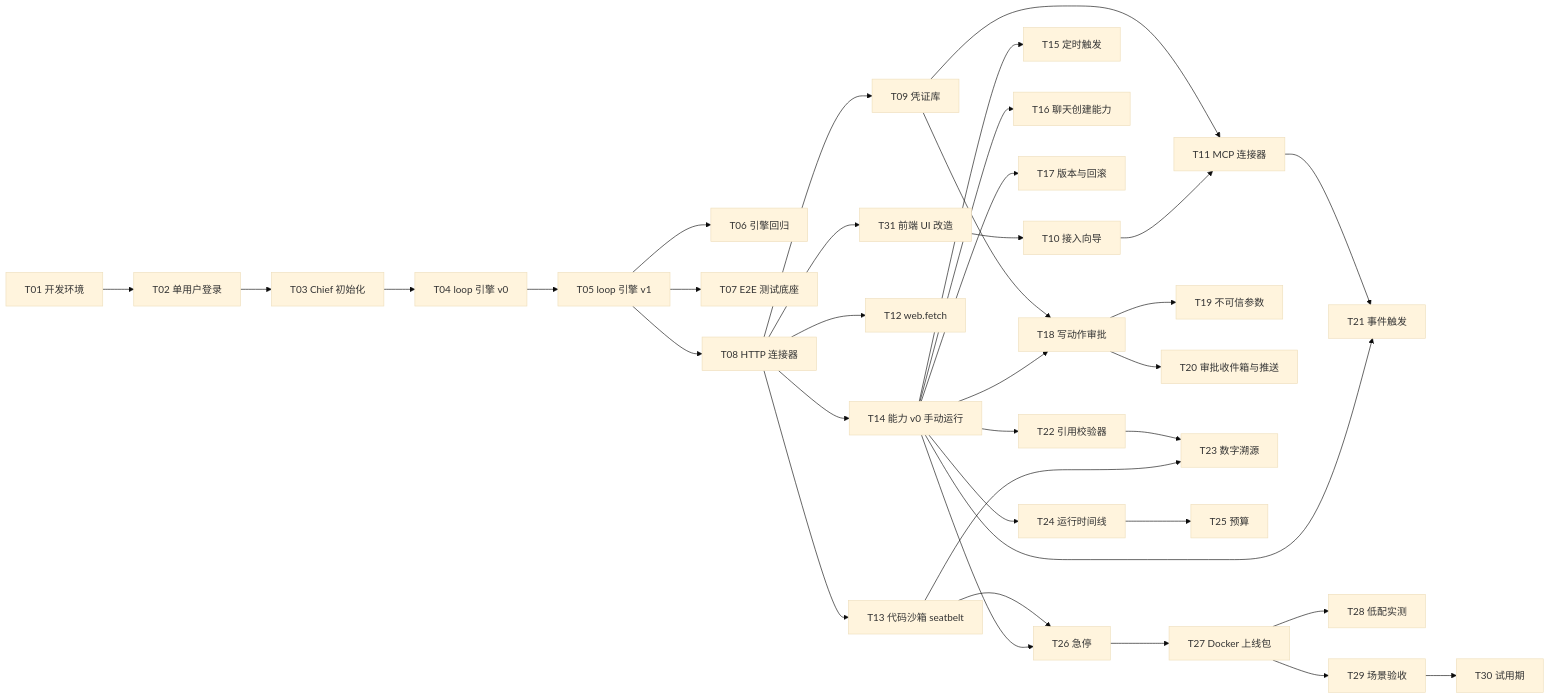
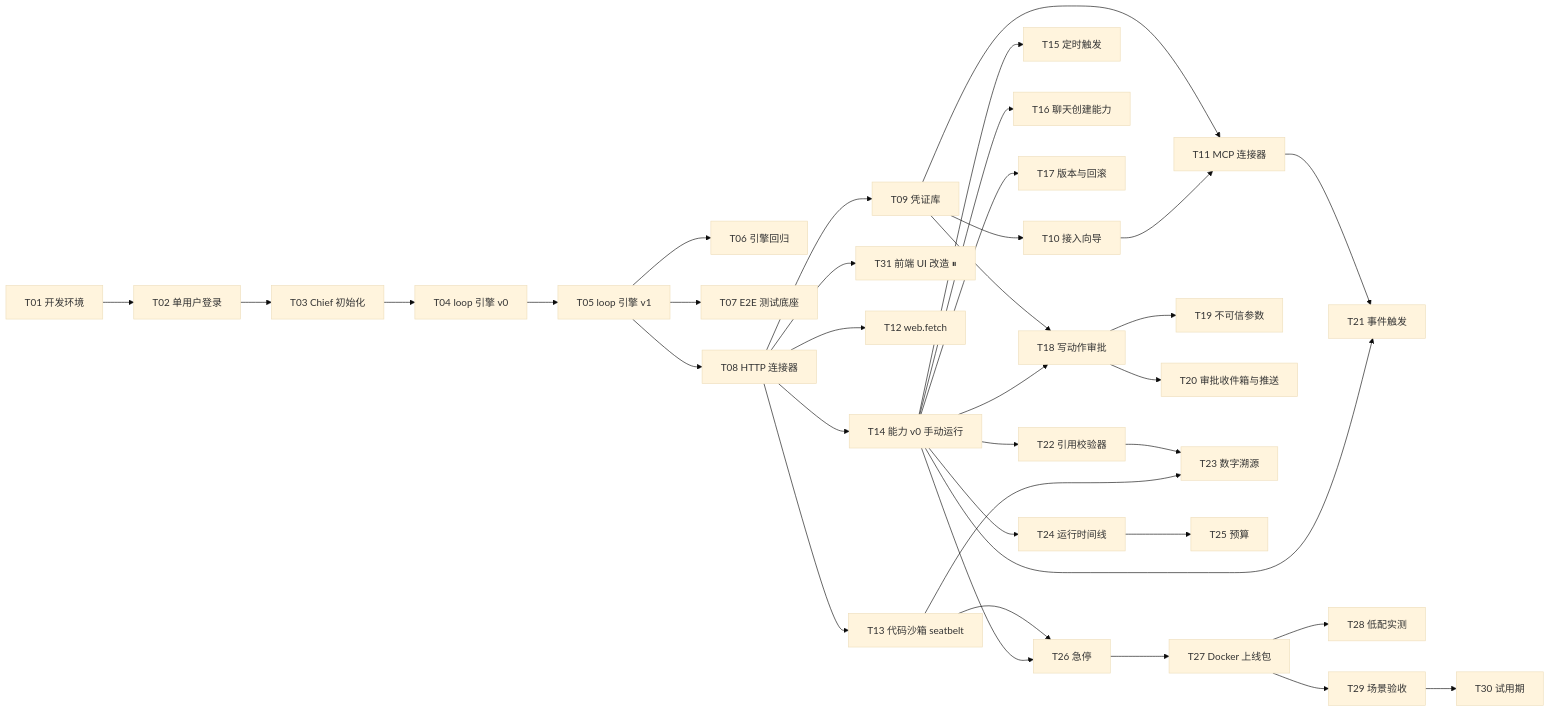
One commit to hcl-z/cumora changed the diagram in docs/personal-bot/mvp-tasks.md. Above: the diagram before and after it, drawn with Mermaid (base theme). The commit also changed other lines of this file, not shown here.

````diff
--- a/docs/personal-bot/mvp-tasks.md
+++ b/docs/personal-bot/mvp-tasks.md
@@ -16,23 +16,23 @@
 ```mermaid
 flowchart LR
   T01[T01 开发环境] --> T02[T02 单用户登录] --> T03[T03 Chief 初始化]
   T03 --> T04[T04 loop 引擎 v0] --> T05[T05 loop 引擎 v1] --> T06[T06 引擎回归]
   T05 --> T07[T07 E2E 测试底座]
   T05 --> T08[T08 HTTP 连接器]
-  T08 --> T09[T09 凭证库] & T31[T31 前端 UI 改造]
-  T31 --> T10[T10 接入向导]
+  T08 --> T09[T09 凭证库] & T31[T31 前端 UI 改造 ⏸]
+  T09 --> T10[T10 接入向导]
   T09 & T10 --> T11[T11 MCP 连接器]
   T08 --> T12[T12 web.fetch]
   T08 --> T13[T13 代码沙箱 seatbelt]
   T08 --> T14[T14 能力 v0 手动运行]
   T14 --> T15[T15 定时触发] & T16[T16 聊天创建能力] & T17[T17 版本与回滚]
   T09 & T14 --> T18[T18 写动作审批]
   T18 --> T19[T19 不可信参数] & T20[T20 审批收件箱与推送]
   T11 & T14 --> T21[T21 事件触发]
   T14 --> T22[T22 引用校验器] --> T23[T23 数字溯源]
   T13 --> T23
   T14 --> T24[T24 运行时间线] --> T25[T25 预算]
   T13 & T14 --> T26[T26 急停]
   T26 --> T27[T27 Docker 上线包] --> T28[T28 低配实测]
   T27 --> T29[T29 场景验收] --> T30[T30 试用期]
 ```
````
